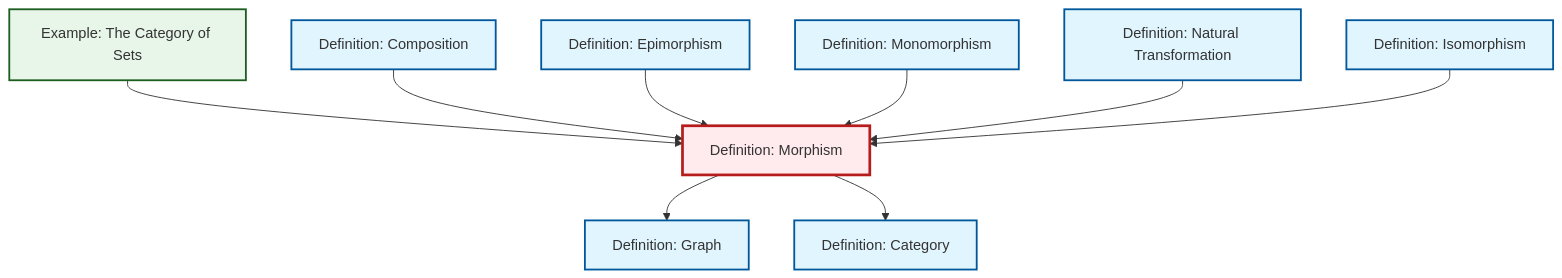
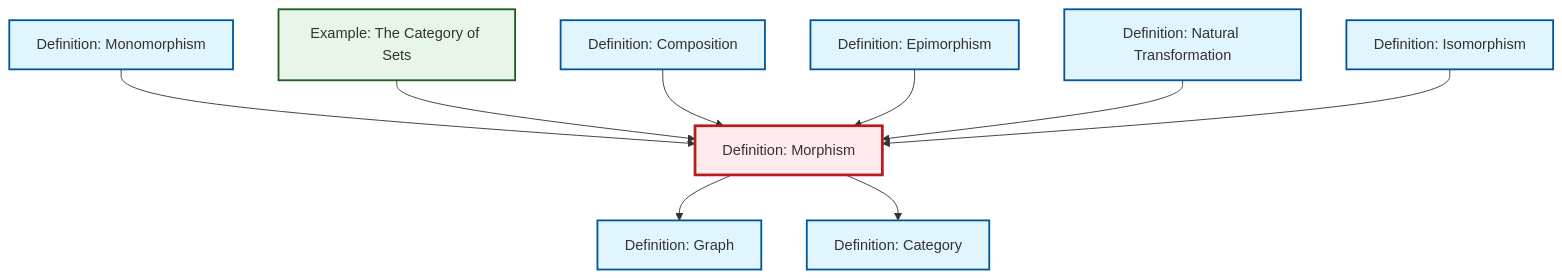
Before and after one commit to RK0429/ModernMath: the diagram in content/en/category-theory/def-morphism.qmd, drawn with Mermaid. The commit also changed other lines of this file and 1012 other files, not shown here.

````diff
--- a/content/en/category-theory/def-morphism.qmd
+++ b/content/en/category-theory/def-morphism.qmd
@@ -56,35 +56,35 @@
 ```{mermaid}
 %%| fig-cap: "Local dependency graph"
 graph TD
     classDef definition fill:#e1f5fe,stroke:#01579b,stroke-width:2px
     classDef theorem fill:#f3e5f5,stroke:#4a148c,stroke-width:2px
     classDef axiom fill:#fff3e0,stroke:#e65100,stroke-width:2px
     classDef example fill:#e8f5e9,stroke:#1b5e20,stroke-width:2px
     classDef current fill:#ffebee,stroke:#b71c1c,stroke-width:3px
-    def-monomorphism["Definition: Monomorphism"]:::definition
+    def-natural-transformation["Definition: Natural Transformation"]:::definition
+    def-isomorphism["Definition: Isomorphism"]:::definition
+    def-composition["Definition: Composition"]:::definition
     def-category["Definition: Category"]:::definition
     def-graph["Definition: Graph"]:::definition
+    def-monomorphism["Definition: Monomorphism"]:::definition
+    def-morphism["Definition: Morphism"]:::definition
+    ex-set-category["Example: The Category of Sets"]:::example
     def-epimorphism["Definition: Epimorphism"]:::definition
-    def-isomorphism["Definition: Isomorphism"]:::definition
-    def-natural-transformation["Definition: Natural Transformation"]:::definition
-    def-composition["Definition: Composition"]:::definition
-    ex-set-category["Example: The Category of Sets"]:::example
-    def-morphism["Definition: Morphism"]:::definition
+    def-monomorphism --> def-morphism
     ex-set-category --> def-morphism
     def-composition --> def-morphism
-    def-epimorphism --> def-morphism
-    def-monomorphism --> def-morphism
-    def-natural-transformation --> def-morphism
     def-morphism --> def-graph
     def-morphism --> def-category
+    def-epimorphism --> def-morphism
+    def-natural-transformation --> def-morphism
     def-isomorphism --> def-morphism
     class def-morphism current
-    click def-monomorphism "def-monomorphism.html" "Go to Monomorphism definition"
+    click def-natural-transformation "def-natural-transformation.html" "Go to Natural Transformation definition"
+    click def-isomorphism "def-isomorphism.html" "Go to Isomorphism definition"
+    click def-composition "def-composition.html" "Go to Composition definition"
     click def-category "def-category.html" "Go to Category definition"
     click def-graph "def-graph.html" "Go to Graph definition"
+    click def-monomorphism "def-monomorphism.html" "Go to Monomorphism definition"
+    click ex-set-category "ex-set-category.html" "Go to The Category of Sets example"
     click def-epimorphism "def-epimorphism.html" "Go to Epimorphism definition"
-    click def-isomorphism "def-isomorphism.html" "Go to Isomorphism definition"
-    click def-natural-transformation "def-natural-transformation.html" "Go to Natural Transformation definition"
-    click def-composition "def-composition.html" "Go to Composition definition"
-    click ex-set-category "ex-set-category.html" "Go to The Category of Sets example"
 ```
````
